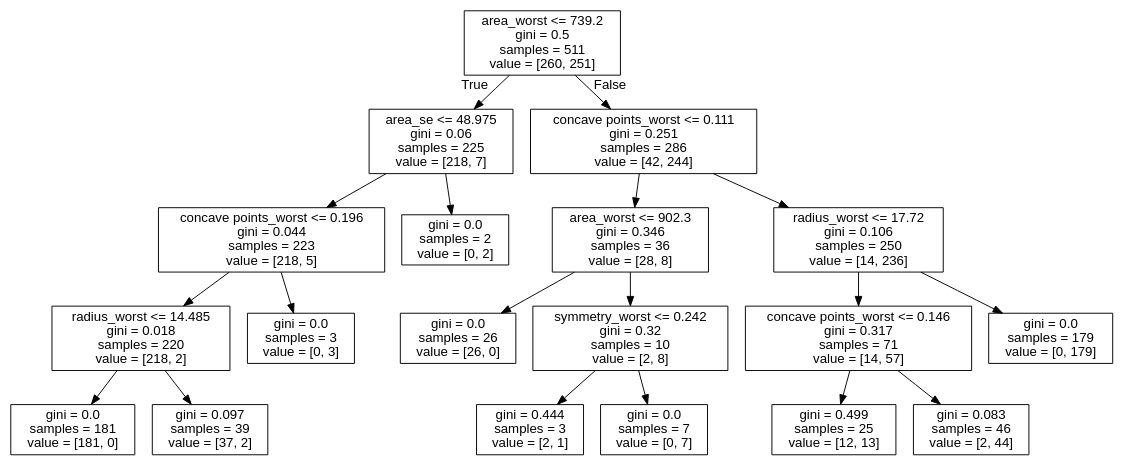
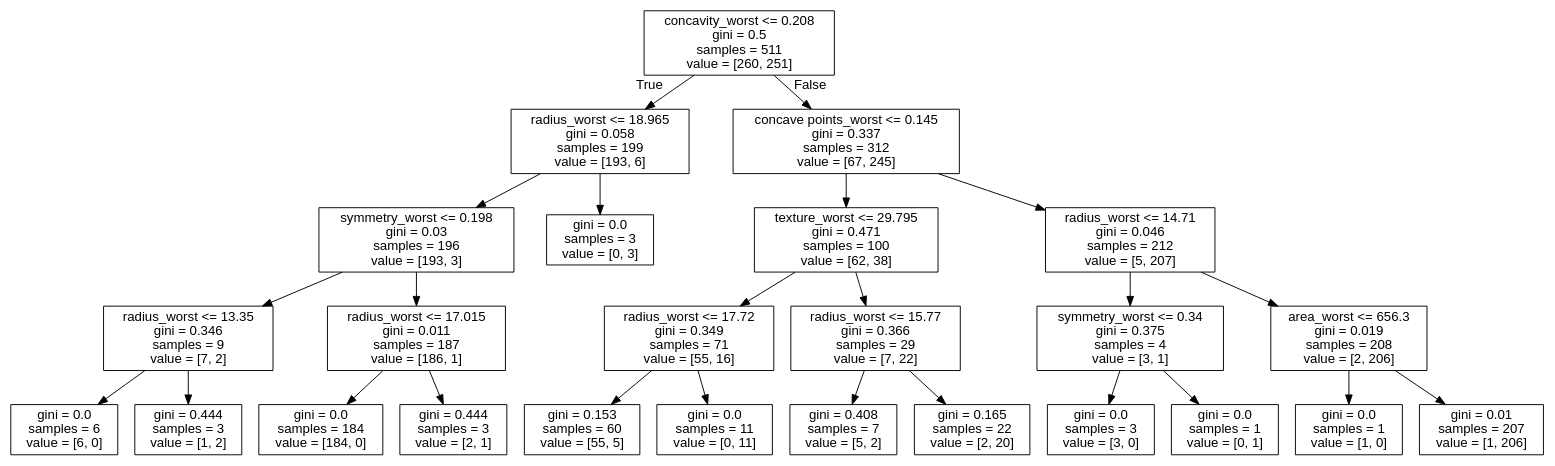
Before and after one commit to m21ark/ia_t2: the diagram in tree.dot, drawn with Graphviz. The commit also changed 2 other files, not shown here.

```diff
--- a/tree.dot
+++ b/tree.dot
@@ -1,41 +1,53 @@
 digraph Tree {
 node [shape=box, fontname="helvetica"] ;
 edge [fontname="helvetica"] ;
-0 [label="area_worst <= 739.2\ngini = 0.5\nsamples = 511\nvalue = [260, 251]"] ;
-1 [label="area_se <= 48.975\ngini = 0.06\nsamples = 225\nvalue = [218, 7]"] ;
+0 [label="concavity_worst <= 0.208\ngini = 0.5\nsamples = 511\nvalue = [260, 251]"] ;
+1 [label="radius_worst <= 18.965\ngini = 0.058\nsamples = 199\nvalue = [193, 6]"] ;
 0 -> 1 [labeldistance=2.5, labelangle=45, headlabel="True"] ;
-2 [label="concave points_worst <= 0.196\ngini = 0.044\nsamples = 223\nvalue = [218, 5]"] ;
+2 [label="symmetry_worst <= 0.198\ngini = 0.03\nsamples = 196\nvalue = [193, 3]"] ;
 1 -> 2 ;
-3 [label="radius_worst <= 14.485\ngini = 0.018\nsamples = 220\nvalue = [218, 2]"] ;
+3 [label="radius_worst <= 13.35\ngini = 0.346\nsamples = 9\nvalue = [7, 2]"] ;
 2 -> 3 ;
-4 [label="gini = 0.0\nsamples = 181\nvalue = [181, 0]"] ;
+4 [label="gini = 0.0\nsamples = 6\nvalue = [6, 0]"] ;
 3 -> 4 ;
-5 [label="gini = 0.097\nsamples = 39\nvalue = [37, 2]"] ;
+5 [label="gini = 0.444\nsamples = 3\nvalue = [1, 2]"] ;
 3 -> 5 ;
-6 [label="gini = 0.0\nsamples = 3\nvalue = [0, 3]"] ;
+6 [label="radius_worst <= 17.015\ngini = 0.011\nsamples = 187\nvalue = [186, 1]"] ;
 2 -> 6 ;
-7 [label="gini = 0.0\nsamples = 2\nvalue = [0, 2]"] ;
-1 -> 7 ;
-8 [label="concave points_worst <= 0.111\ngini = 0.251\nsamples = 286\nvalue = [42, 244]"] ;
-0 -> 8 [labeldistance=2.5, labelangle=-45, headlabel="False"] ;
-9 [label="area_worst <= 902.3\ngini = 0.346\nsamples = 36\nvalue = [28, 8]"] ;
-8 -> 9 ;
-10 [label="gini = 0.0\nsamples = 26\nvalue = [26, 0]"] ;
-9 -> 10 ;
-11 [label="symmetry_worst <= 0.242\ngini = 0.32\nsamples = 10\nvalue = [2, 8]"] ;
-9 -> 11 ;
-12 [label="gini = 0.444\nsamples = 3\nvalue = [2, 1]"] ;
+7 [label="gini = 0.0\nsamples = 184\nvalue = [184, 0]"] ;
+6 -> 7 ;
+8 [label="gini = 0.444\nsamples = 3\nvalue = [2, 1]"] ;
+6 -> 8 ;
+9 [label="gini = 0.0\nsamples = 3\nvalue = [0, 3]"] ;
+1 -> 9 ;
+10 [label="concave points_worst <= 0.145\ngini = 0.337\nsamples = 312\nvalue = [67, 245]"] ;
+0 -> 10 [labeldistance=2.5, labelangle=-45, headlabel="False"] ;
+11 [label="texture_worst <= 29.795\ngini = 0.471\nsamples = 100\nvalue = [62, 38]"] ;
+10 -> 11 ;
+12 [label="radius_worst <= 17.72\ngini = 0.349\nsamples = 71\nvalue = [55, 16]"] ;
 11 -> 12 ;
-13 [label="gini = 0.0\nsamples = 7\nvalue = [0, 7]"] ;
-11 -> 13 ;
-14 [label="radius_worst <= 17.72\ngini = 0.106\nsamples = 250\nvalue = [14, 236]"] ;
-8 -> 14 ;
-15 [label="concave points_worst <= 0.146\ngini = 0.317\nsamples = 71\nvalue = [14, 57]"] ;
-14 -> 15 ;
-16 [label="gini = 0.499\nsamples = 25\nvalue = [12, 13]"] ;
+13 [label="gini = 0.153\nsamples = 60\nvalue = [55, 5]"] ;
+12 -> 13 ;
+14 [label="gini = 0.0\nsamples = 11\nvalue = [0, 11]"] ;
+12 -> 14 ;
+15 [label="radius_worst <= 15.77\ngini = 0.366\nsamples = 29\nvalue = [7, 22]"] ;
+11 -> 15 ;
+16 [label="gini = 0.408\nsamples = 7\nvalue = [5, 2]"] ;
 15 -> 16 ;
-17 [label="gini = 0.083\nsamples = 46\nvalue = [2, 44]"] ;
+17 [label="gini = 0.165\nsamples = 22\nvalue = [2, 20]"] ;
 15 -> 17 ;
-18 [label="gini = 0.0\nsamples = 179\nvalue = [0, 179]"] ;
-14 -> 18 ;
+18 [label="radius_worst <= 14.71\ngini = 0.046\nsamples = 212\nvalue = [5, 207]"] ;
+10 -> 18 ;
+19 [label="symmetry_worst <= 0.34\ngini = 0.375\nsamples = 4\nvalue = [3, 1]"] ;
+18 -> 19 ;
+20 [label="gini = 0.0\nsamples = 3\nvalue = [3, 0]"] ;
+19 -> 20 ;
+21 [label="gini = 0.0\nsamples = 1\nvalue = [0, 1]"] ;
+19 -> 21 ;
+22 [label="area_worst <= 656.3\ngini = 0.019\nsamples = 208\nvalue = [2, 206]"] ;
+18 -> 22 ;
+23 [label="gini = 0.0\nsamples = 1\nvalue = [1, 0]"] ;
+22 -> 23 ;
+24 [label="gini = 0.01\nsamples = 207\nvalue = [1, 206]"] ;
+22 -> 24 ;
 }
```
